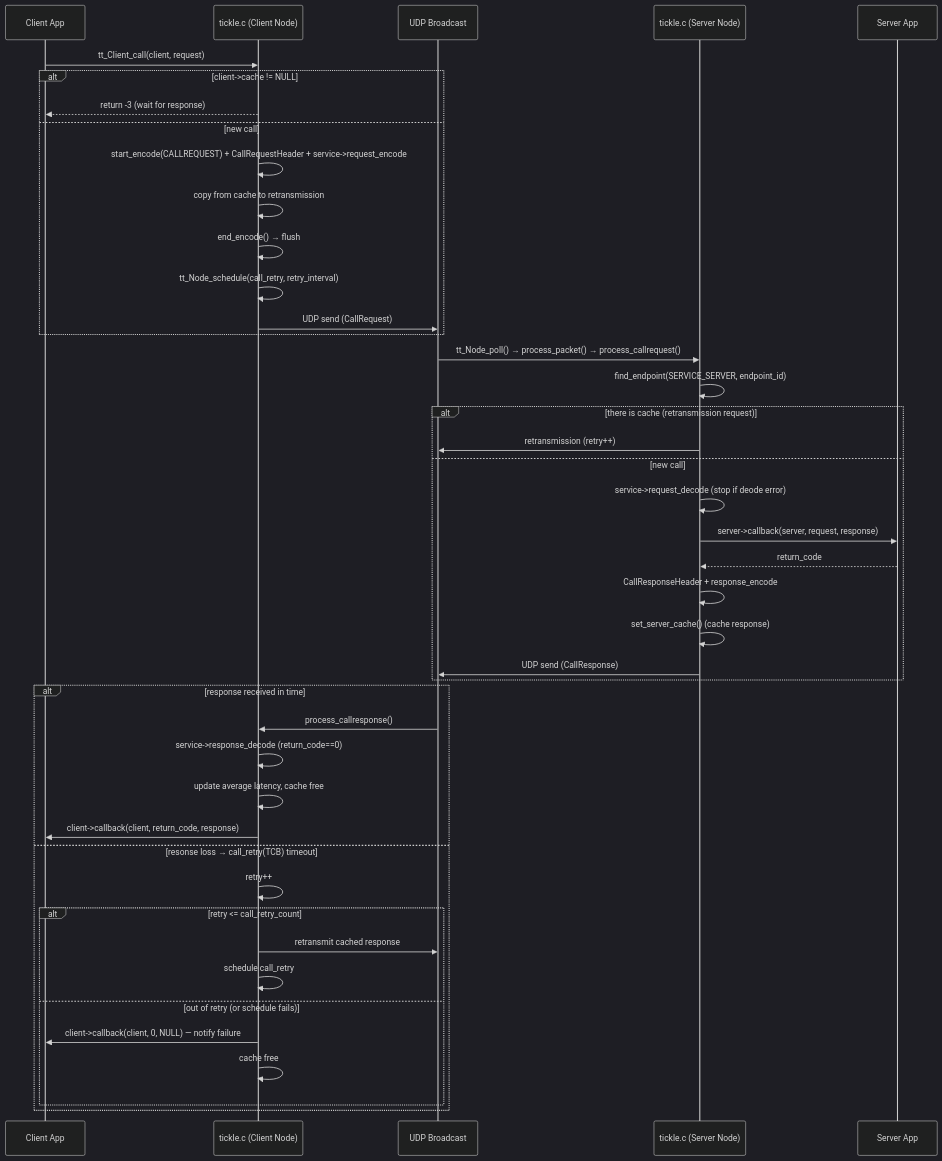
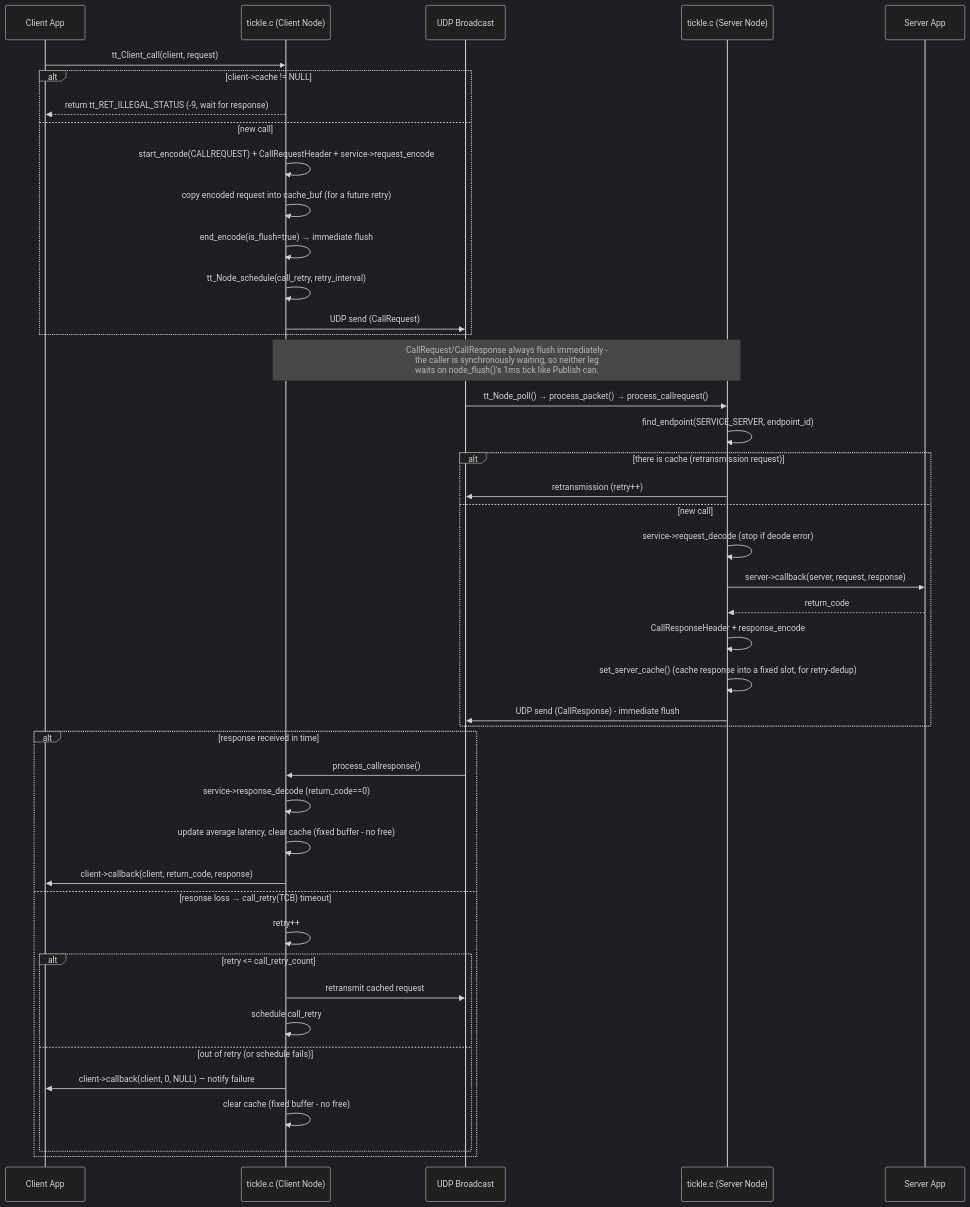
Before and after one commit to tsnlab/tickle: the fourth of 4 diagrams in DESIGN.md, drawn with Mermaid (dark theme). The commit also changed other lines of this file and 1 other file, not shown here.

````diff
--- a/DESIGN.md
+++ b/DESIGN.md
@@ -214,48 +223,49 @@
 ```mermaid
 sequenceDiagram
     participant ClientApp as Client App
     participant ClientTickle as tickle.c (Client Node)
     participant Net as UDP Broadcast
     participant ServerTickle as tickle.c (Server Node)
     participant ServerApp as Server App
 
     ClientApp->>ClientTickle: tt_Client_call(client, request)
     alt client->cache != NULL
-        ClientTickle-->>ClientApp: return -3 (wait for response)
+        ClientTickle-->>ClientApp: return tt_RET_ILLEGAL_STATUS (-9, wait for response)
     else new call
         ClientTickle->>ClientTickle: start_encode(CALLREQUEST) + CallRequestHeader + service->request_encode
-        ClientTickle->>ClientTickle: copy from cache to retransmission
-        ClientTickle->>ClientTickle: end_encode() → flush
+        ClientTickle->>ClientTickle: copy encoded request into cache_buf (for a future retry)
+        ClientTickle->>ClientTickle: end_encode(is_flush=true) → immediate flush
         ClientTickle->>ClientTickle: tt_Node_schedule(call_retry, retry_interval)
         ClientTickle->>Net: UDP send (CallRequest)
     end
+    Note over ClientTickle,ServerTickle: CallRequest/CallResponse always flush immediately -<br/>the caller is synchronously waiting, so neither leg<br/>waits on node_flush()'s 1ms tick like Publish can.
 
     Net->>ServerTickle: tt_Node_poll() → process_packet() → process_callrequest()
     ServerTickle->>ServerTickle: find_endpoint(SERVICE_SERVER, endpoint_id)
     alt there is cache (retransmission request)
         ServerTickle->>Net: retransmission (retry++)
     else new call
         ServerTickle->>ServerTickle: service->request_decode (stop if deode error)
         ServerTickle->>ServerApp: server->callback(server, request, response)
         ServerApp-->>ServerTickle: return_code
         ServerTickle->>ServerTickle: CallResponseHeader + response_encode
-        ServerTickle->>ServerTickle: set_server_cache() (cache response)
-        ServerTickle->>Net: UDP send (CallResponse)
+        ServerTickle->>ServerTickle: set_server_cache() (cache response into a fixed slot, for retry-dedup)
+        ServerTickle->>Net: UDP send (CallResponse) - immediate flush
     end
 
     alt response received in time
         Net->>ClientTickle: process_callresponse()
         ClientTickle->>ClientTickle: service->response_decode (return_code==0)
-        ClientTickle->>ClientTickle: update average latency, cache free
+        ClientTickle->>ClientTickle: update average latency, clear cache (fixed buffer - no free)
         ClientTickle->>ClientApp: client->callback(client, return_code, response)
     else resonse loss → call_retry(TCB) timeout
         ClientTickle->>ClientTickle: retry++ 
         alt retry <= call_retry_count
-            ClientTickle->>Net: retransmit cached response
+            ClientTickle->>Net: retransmit cached request
             ClientTickle->>ClientTickle: schedule call_retry
         else out of retry (or schedule fails)
             ClientTickle->>ClientApp: client->callback(client, 0, NULL) — notify failure
-            ClientTickle->>ClientTickle: cache free
+            ClientTickle->>ClientTickle: clear cache (fixed buffer - no free)
         end
     end
 ```
````
